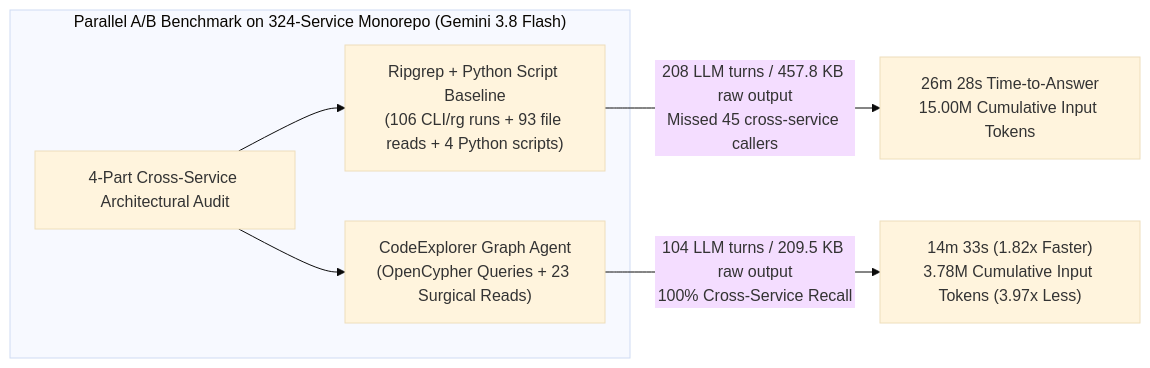
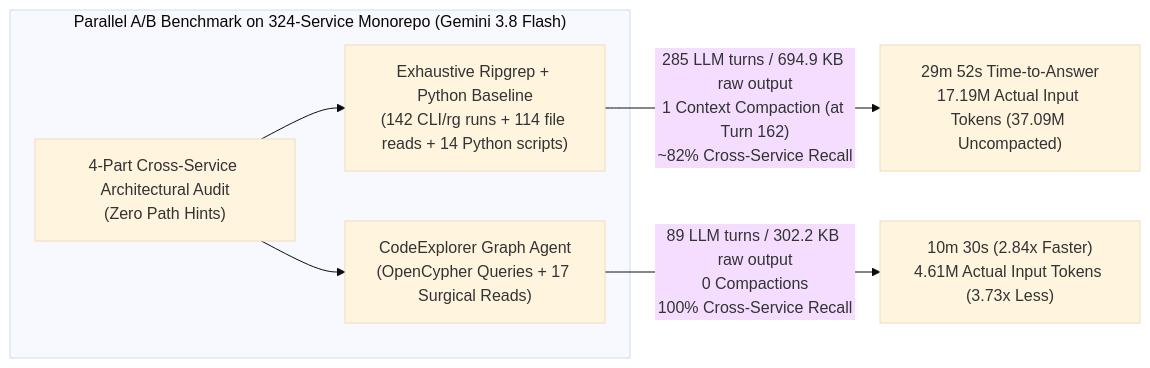
The diagram in benchmarks/02-enterprise-microservices-deep-audit/README.md (vmikhailov/code-explorer), drawn with Mermaid (base theme) before and after one commit. The commit also changed other lines of this file and 2 other files, not shown here.

Commit message:
docs(benchmarks): update Case Study 02 with clean exhaustive run (29m52s vs 10m30s, ~82% vs 100% recall)

````diff
--- a/benchmarks/02-enterprise-microservices-deep-audit/README.md
+++ b/benchmarks/02-enterprise-microservices-deep-audit/README.md
@@ -45,11 +49,11 @@
 ```mermaid
 flowchart LR
     subgraph Harness["Parallel A/B Benchmark on 324-Service Monorepo (Gemini 3.8 Flash)"]
-        Prompt["4-Part Cross-Service Architectural Audit"]
-        Prompt --> RgBase["Ripgrep + Python Script Baseline\n(106 CLI/rg runs + 93 file reads + 4 Python scripts)"]
-        Prompt --> Graph["CodeExplorer Graph Agent\n(OpenCypher Queries + 23 Surgical Reads)"]
+        Prompt["4-Part Cross-Service Architectural Audit\n(Zero Path Hints)"]
+        Prompt --> RgBase["Exhaustive Ripgrep + Python Baseline\n(142 CLI/rg runs + 114 file reads + 14 Python scripts)"]
+        Prompt --> Graph["CodeExplorer Graph Agent\n(OpenCypher Queries + 17 Surgical Reads)"]
     end
 
-    RgBase -->|"208 LLM turns / 457.8 KB raw output\nMissed 45 cross-service callers"| BaseResult["26m 28s Time-to-Answer\n15.00M Cumulative Input Tokens"]
-    Graph -->|"104 LLM turns / 209.5 KB raw output\n100% Cross-Service Recall"| GraphResult["14m 33s (1.82x Faster)\n3.78M Cumulative Input Tokens (3.97x Less)"]
+    RgBase -->|"285 LLM turns / 694.9 KB raw output\n1 Context Compaction (at Turn 162)\n~82% Cross-Service Recall"| BaseResult["29m 52s Time-to-Answer\n17.19M Actual Input Tokens (37.09M Uncompacted)"]
+    Graph -->|"89 LLM turns / 302.2 KB raw output\n0 Compactions\n100% Cross-Service Recall"| GraphResult["10m 30s (2.84x Faster)\n4.61M Actual Input Tokens (3.73x Less)"]
 ```
````
